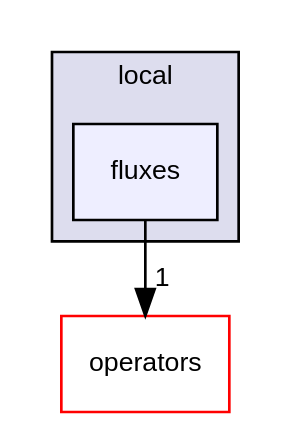
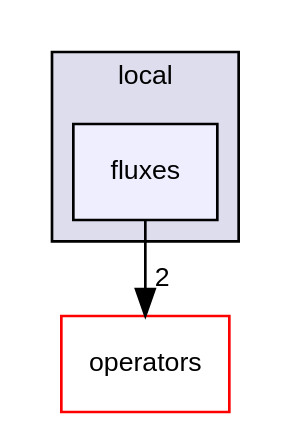
Before and after one commit to dune-community/dune-community.github.io: the diagram in docs/dune-gdt/''/dir_b3c312569a7138f19b17aa14076f1d0d_dep.dot, drawn with Graphviz. The commit also changed 3651 other files, not shown here.

```diff
--- a/docs/dune-gdt/''/dir_b3c312569a7138f19b17aa14076f1d0d_dep.dot
+++ b/docs/dune-gdt/''/dir_b3c312569a7138f19b17aa14076f1d0d_dep.dot
@@ -1,11 +1,11 @@
 digraph "fluxes" {
   compound=true
   node [ fontsize="10", fontname="Helvetica"];
   edge [ labelfontsize="10", labelfontname="Helvetica"];
   subgraph clusterdir_e5964b6fd5a6d82d96e1215fe4a1a66d {
     graph [ bgcolor="#ddddee", pencolor="black", label="local" fontname="Helvetica", fontsize="10", URL="dir_e5964b6fd5a6d82d96e1215fe4a1a66d.html"]
   dir_b3c312569a7138f19b17aa14076f1d0d [shape=box, label="fluxes", style="filled", fillcolor="#eeeeff", pencolor="black", URL="dir_b3c312569a7138f19b17aa14076f1d0d.html"];
   }
   dir_8eae17099f455a1cfbd2c25e13098b8a [shape=box label="operators" fillcolor="white" style="filled" color="red" URL="dir_8eae17099f455a1cfbd2c25e13098b8a.html"];
-  dir_b3c312569a7138f19b17aa14076f1d0d->dir_8eae17099f455a1cfbd2c25e13098b8a [headlabel="1", labeldistance=1.5 headhref="dir_000009_000005.html"];
+  dir_b3c312569a7138f19b17aa14076f1d0d->dir_8eae17099f455a1cfbd2c25e13098b8a [headlabel="2", labeldistance=1.5 headhref="dir_000009_000005.html"];
 }
```
